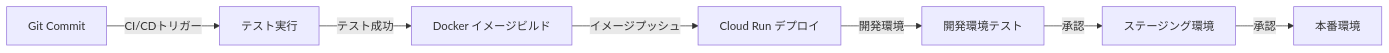
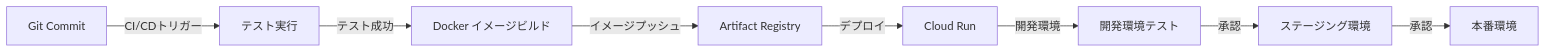
One commit to hirose30/rfs-proj-sub changed the third of 3 diagrams in docs/imp-log-etl/implementation-plan.md. Above: the diagram before and after it, drawn with Mermaid. The commit also changed other lines of this file and 12 other files, not shown here.

````diff
--- a/docs/imp-log-etl/implementation-plan.md
+++ b/docs/imp-log-etl/implementation-plan.md
@@ -253,9 +253,10 @@
 ```mermaid
 flowchart LR
     A[Git Commit] -->|CI/CDトリガー| B[テスト実行]
     B -->|テスト成功| C[Docker イメージビルド]
-    C -->|イメージプッシュ| D[Cloud Run デプロイ]
-    D -->|開発環境| E[開発環境テスト]
-    E -->|承認| F[ステージング環境]
-    F -->|承認| G[本番環境]
+    C -->|イメージプッシュ| D[Artifact Registry]
+    D -->|デプロイ| E[Cloud Run]
+    E -->|開発環境| F[開発環境テスト]
+    F -->|承認| G[ステージング環境]
+    G -->|承認| H[本番環境]
 ```
````
